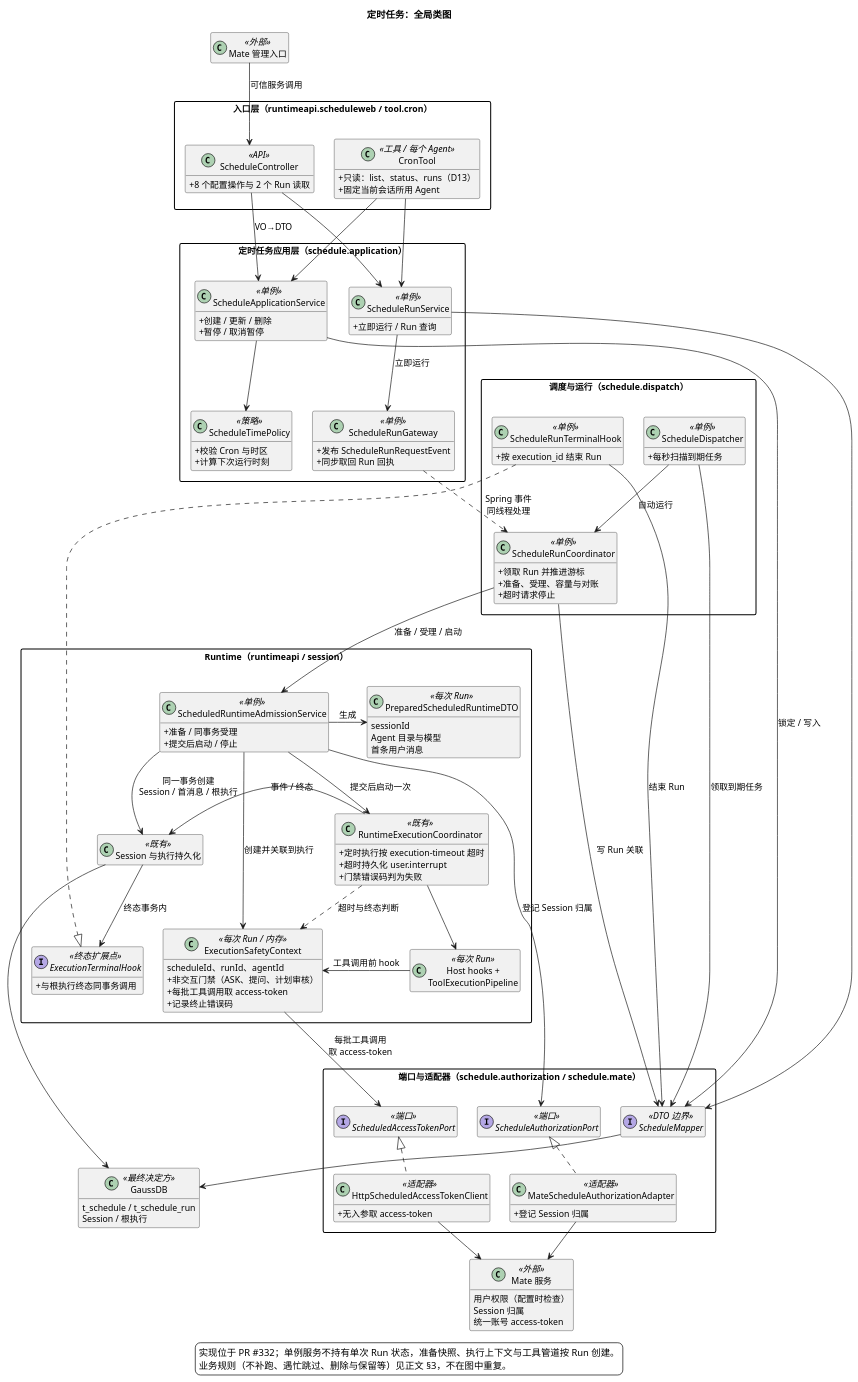
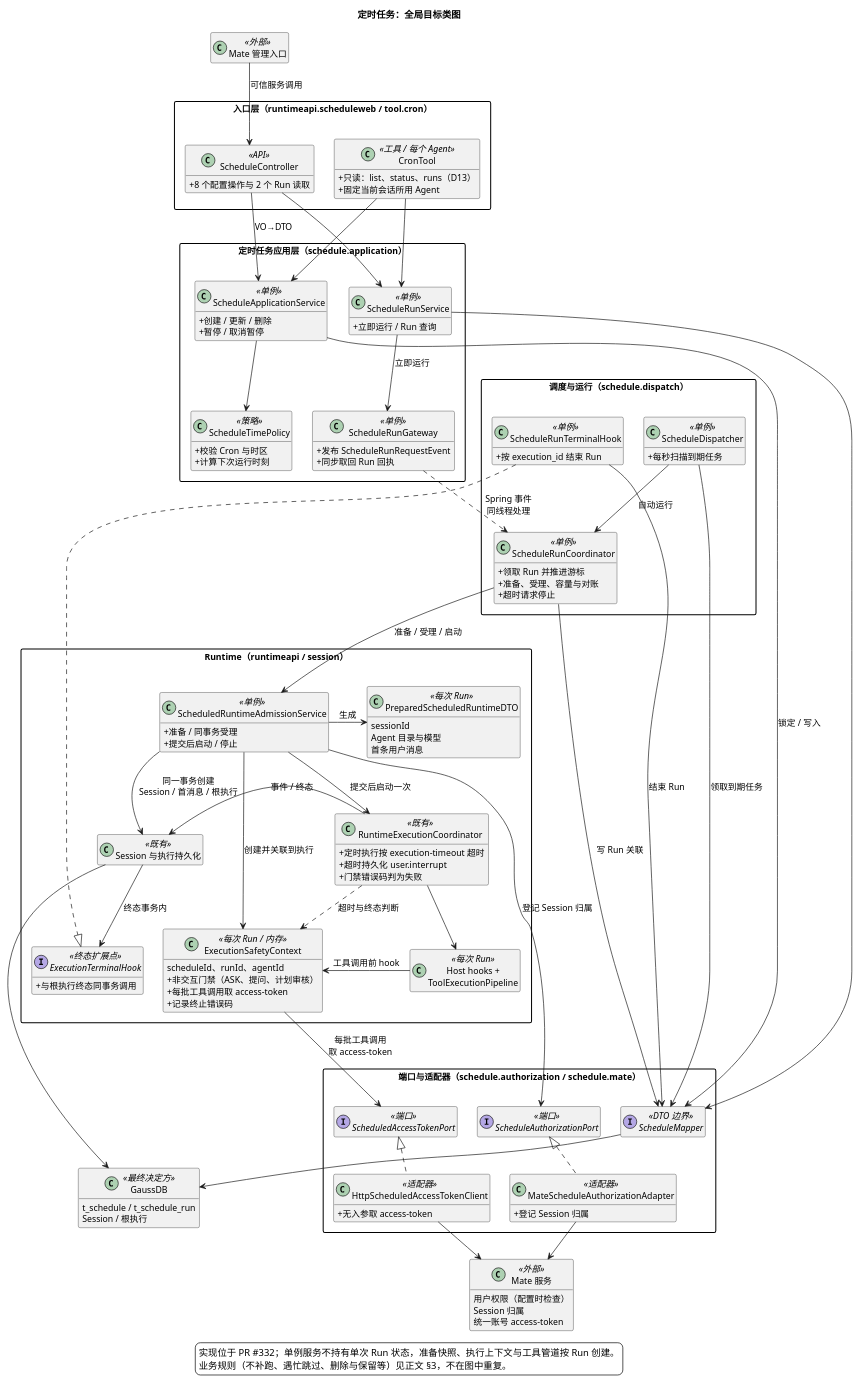
One commit to ssm0808/pi-mono-java-design changed the second of 7 diagrams in 01-总体架构/08-CampusClaw定时任务/diagram.puml. Above: the diagram before and after it, drawn with PlantUML. The commit also changed 4 other files, not shown here.

First line of the commit message:
定时任务类图保持目标类图定位，登记实现核对证据并同步图源锚点

```diff
--- a/01-总体架构/08-CampusClaw定时任务/diagram.puml
+++ b/01-总体架构/08-CampusClaw定时任务/diagram.puml
@@ -45,159 +45,159 @@
 @startuml scheduled_task_architecture
 ' 实现：superheromeZzh/pi-mono-java PR #332，codex/scheduled-task-backend 691323a9，核对日期 2026-10-15。
 ' 源码：modules/coding-agent-cli/src/main/java/com/campusclaw/codingagent/schedule/dispatch/ScheduleRunCoordinator.java manual、claimAutomatic、admit。
 ' 源码：modules/coding-agent-cli/src/main/java/com/campusclaw/codingagent/runtimeapi/schedule/ScheduledRuntimeAdmissionService.java prepare、accept、start、requestStop。
 ' 源码：modules/coding-agent-cli/src/main/java/com/campusclaw/codingagent/session/ExecutionSafetyContext.java beforeHook、resolveCredentials。
 ' 源码：modules/coding-agent-cli/src/main/java/com/campusclaw/codingagent/runtimeapi/event/RuntimeExecutionCoordinator.java start、scheduleTimeout、terminalOutcome。
 ' 源码：modules/coding-agent-cli/src/main/java/com/campusclaw/codingagent/schedule/application/ScheduleRunGateway.java run。
 ' 设计原因：管理入口经事件到达运行协调器，避免 Runtime 装配构造依赖环。
 ' 设计原因：服务直接使用 ScheduleMapper 收发 DTO，不另设仓储端口。
 ' 产品约束：每次 Run 使用关联的 Agent 定义新建 Session；定时执行非交互。
-title 定时任务：全局类图
+title 定时任务：全局目标类图
 skinparam backgroundColor white
 skinparam defaultFontSize 13
 skinparam classAttributeIconSize 0
 skinparam packageStyle rectangle
 skinparam nodesep 30
 skinparam ranksep 45
 hide empty members
 
 class "Mate 管理入口" as Caller <<外部>>
 
 package "入口层（runtimeapi.scheduleweb / tool.cron）" as EntryPkg {
   class ScheduleController <<API>> {
     + 8 个配置操作与 2 个 Run 读取
   }
   class CronTool <<工具 / 每个 Agent>> {
     + 只读：list、status、runs（D13）
     + 固定当前会话所用 Agent
   }
 }
 
 package "定时任务应用层（schedule.application）" as AppPkg {
   class ScheduleApplicationService <<单例>> {
     + 创建 / 更新 / 删除
     + 暂停 / 取消暂停
   }
   class ScheduleRunService <<单例>> {
     + 立即运行 / Run 查询
   }
   class ScheduleRunGateway <<单例>> {
     + 发布 ScheduleRunRequestEvent
     + 同步取回 Run 回执
   }
   class ScheduleTimePolicy <<策略>> {
     + 校验 Cron 与时区
     + 计算下次运行时刻
   }
 }
 
 package "调度与运行（schedule.dispatch）" as DispatchPkg {
   class ScheduleDispatcher <<单例>> {
     + 每秒扫描到期任务
   }
   class ScheduleRunCoordinator <<单例>> {
     + 领取 Run 并推进游标
     + 准备、受理、容量与对账
     + 超时请求停止
   }
   class ScheduleRunTerminalHook <<单例>> {
     + 按 execution_id 结束 Run
   }
 }
 
 package "端口与适配器（schedule.authorization / schedule.mate）" as PortPkg {
   interface ScheduleAuthorizationPort <<端口>>
   interface ScheduledAccessTokenPort <<端口>>
   class MateScheduleAuthorizationAdapter <<适配器>> {
     + 登记 Session 归属
   }
   class HttpScheduledAccessTokenClient <<适配器>> {
     + 无入参取 access-token
   }
   interface ScheduleMapper <<DTO 边界>>
 }
 
 class "Mate 服务" as Mate <<外部>> {
   用户权限（配置时检查）
   Session 归属
   统一账号 access-token
 }
 
 package "Runtime（runtimeapi / session）" as RtPkg {
   class ScheduledRuntimeAdmissionService <<单例>> {
     + 准备 / 同事务受理
     + 提交后启动 / 停止
   }
   class PreparedScheduledRuntimeDTO <<每次 Run>> {
     sessionId
     Agent 目录与模型
     首条用户消息
   }
   class ExecutionSafetyContext <<每次 Run / 内存>> {
     scheduleId、runId、agentId
     + 非交互门禁（ASK、提问、计划审核）
     + 每批工具调用取 access-token
     + 记录终止错误码
   }
   class RuntimeExecutionCoordinator <<既有>> {
     + 定时执行按 execution-timeout 超时
     + 超时持久化 user.interrupt
     + 门禁错误码判为失败
   }
   class "Host hooks +\nToolExecutionPipeline" as Pipeline <<每次 Run>>
   class "Session 与执行持久化" as Persist <<既有>>
   interface ExecutionTerminalHook <<终态扩展点>> {
     + 与根执行终态同事务调用
   }
 }
 
 class "GaussDB" as Db <<最终决定方>> {
   t_schedule / t_schedule_run
   Session / 根执行
 }
 
 Caller -down-> ScheduleController : 可信服务调用
 ScheduleController -down-> ScheduleApplicationService : VO→DTO
 ScheduleController -down-> ScheduleRunService
 CronTool -down-> ScheduleApplicationService
 CronTool -down-> ScheduleRunService
 
 ScheduleApplicationService -down-> ScheduleTimePolicy
 ScheduleRunService -down-> ScheduleRunGateway : 立即运行
 ScheduleRunGateway ..> ScheduleRunCoordinator : Spring 事件\n同线程处理
 ScheduleDispatcher -down-> ScheduleRunCoordinator : 自动运行
 ScheduleRunCoordinator -down-> ScheduledRuntimeAdmissionService : 准备 / 受理 / 启动
 
 ScheduleApplicationService -down-> ScheduleMapper : 锁定 / 写入
 ScheduleRunService -down-> ScheduleMapper
 ScheduleDispatcher -down-> ScheduleMapper : 领取到期任务
 ScheduleRunCoordinator -down-> ScheduleMapper : 写 Run 关联
 ScheduleRunTerminalHook -down-> ScheduleMapper : 结束 Run
 ScheduleMapper -down-> Db
 
 ScheduledRuntimeAdmissionService -right-> PreparedScheduledRuntimeDTO : 生成
 ScheduledRuntimeAdmissionService -down-> ScheduleAuthorizationPort : 登记 Session 归属
 ScheduledRuntimeAdmissionService -down-> ExecutionSafetyContext : 创建并关联到执行
 ScheduledRuntimeAdmissionService -down-> Persist : 同一事务创建\nSession / 首消息 / 根执行
 ScheduledRuntimeAdmissionService -down-> RuntimeExecutionCoordinator : 提交后启动一次
 MateScheduleAuthorizationAdapter .up.|> ScheduleAuthorizationPort
 HttpScheduledAccessTokenClient .up.|> ScheduledAccessTokenPort
 MateScheduleAuthorizationAdapter -down-> Mate
 HttpScheduledAccessTokenClient -down-> Mate
 
 RuntimeExecutionCoordinator -down-> Pipeline
 RuntimeExecutionCoordinator ..> ExecutionSafetyContext : 超时与终态判断
 Pipeline -right-> ExecutionSafetyContext : 工具调用前 hook
 ExecutionSafetyContext -down-> ScheduledAccessTokenPort : 每批工具调用\n取 access-token
 RuntimeExecutionCoordinator -right-> Persist : 事件 / 终态
 Persist -down-> Db
 Persist -down-> ExecutionTerminalHook : 终态事务内
 ScheduleRunTerminalHook .right.|> ExecutionTerminalHook
 
 ScheduleTimePolicy -right[hidden]-> ScheduleRunGateway
 
 legend bottom
   实现位于 PR #332；单例服务不持有单次 Run 状态，准备快照、执行上下文与工具管道按 Run 创建。
   业务规则（不补跑、遇忙跳过、删除与保留等）见正文 §3，不在图中重复。
 endlegend
 @enduml
```
